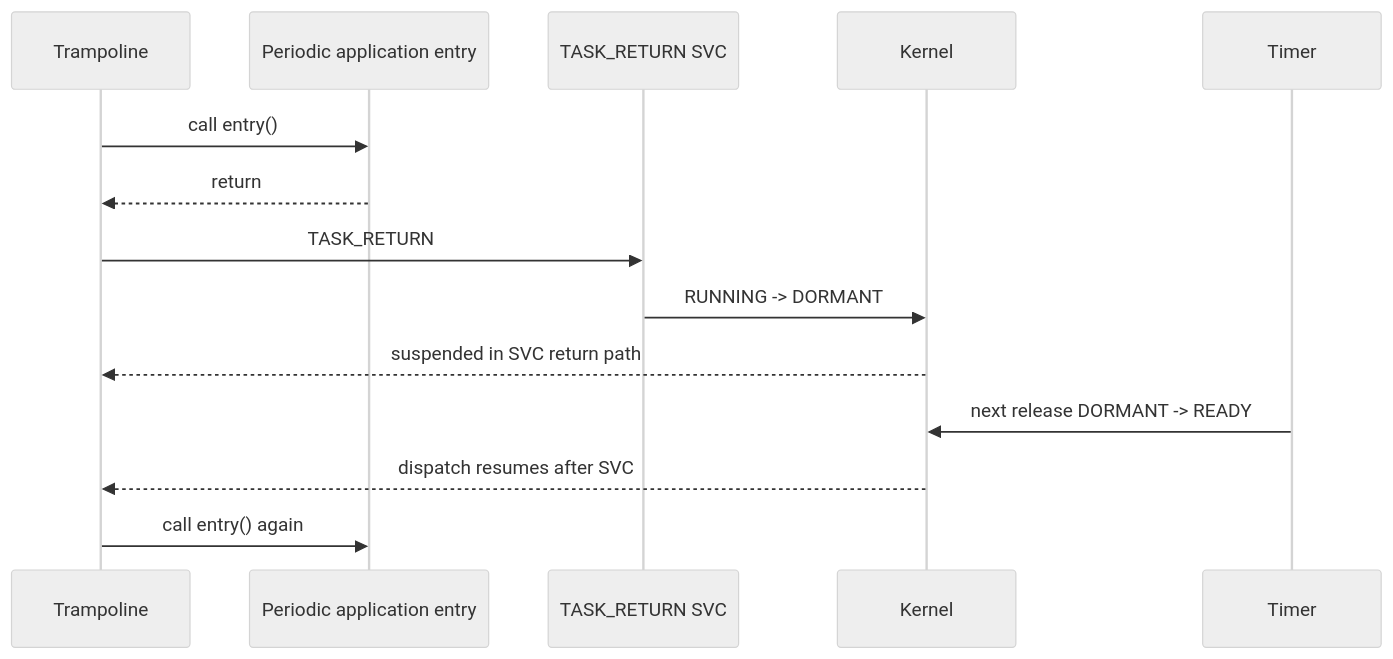
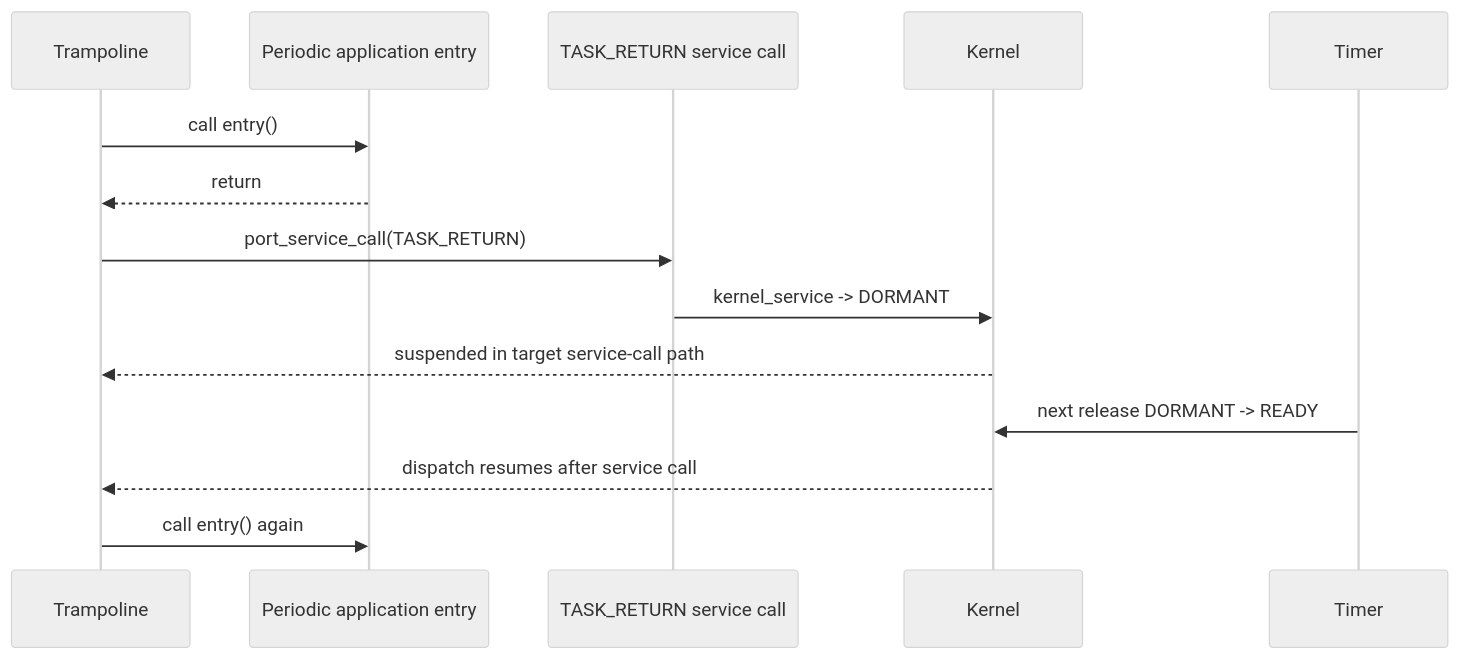
Before and after one commit to tumblewhead/arghtos: the diagram in design-elements/D08-task-trampoline.md, drawn with Mermaid (neutral theme). The commit also changed other lines of this file, not shown here.

Commit message:
Make task trampoline use abstract port service-call mechanism

````diff
--- a/design-elements/D08-task-trampoline.md
+++ b/design-elements/D08-task-trampoline.md
@@ -64,17 +64,17 @@
 ```mermaid
 sequenceDiagram
   participant TR as Trampoline
   participant JOB as Periodic application entry
-  participant SVC as TASK_RETURN SVC
+  participant CALL as TASK_RETURN service call
   participant K as Kernel
   participant TM as Timer
 
   TR->>JOB: call entry()
   JOB-->>TR: return
-  TR->>SVC: TASK_RETURN
-  SVC->>K: RUNNING -> DORMANT
-  K-->>TR: suspended in SVC return path
+  TR->>CALL: port_service_call(TASK_RETURN)
+  CALL->>K: kernel_service -> DORMANT
+  K-->>TR: suspended in target service-call path
   TM->>K: next release DORMANT -> READY
-  K-->>TR: dispatch resumes after SVC
+  K-->>TR: dispatch resumes after service call
   TR->>JOB: call entry() again
 ```
````
